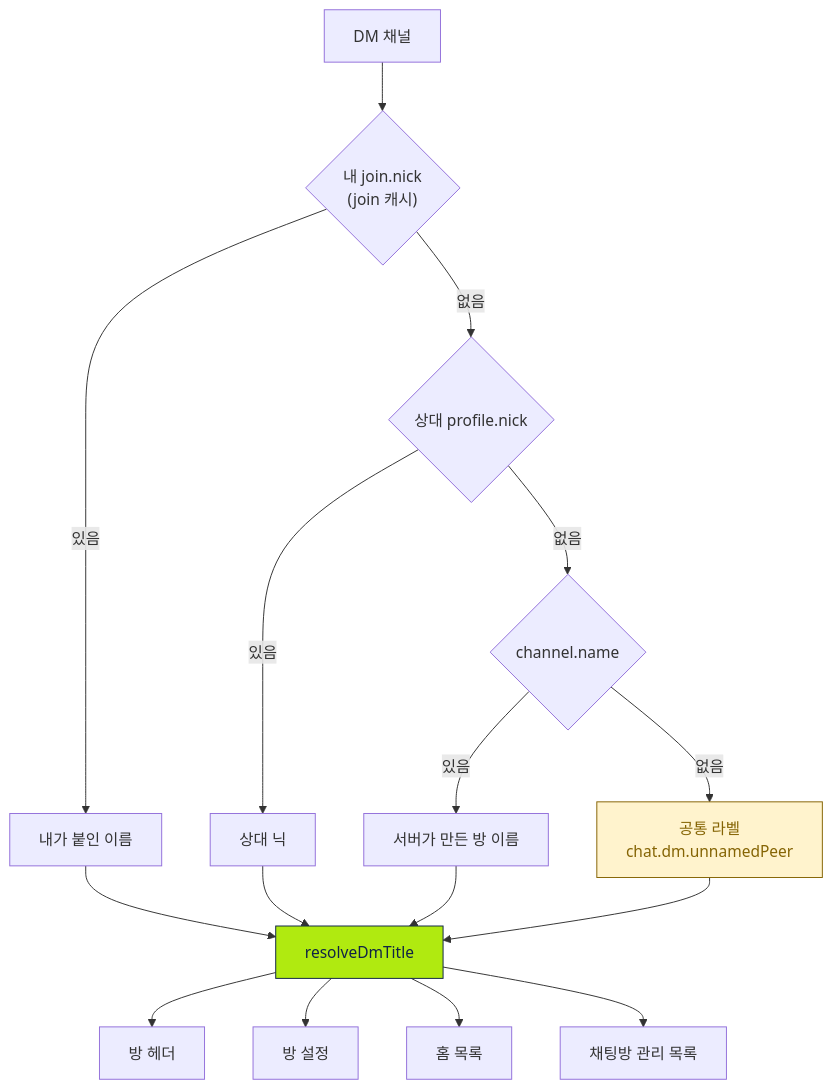
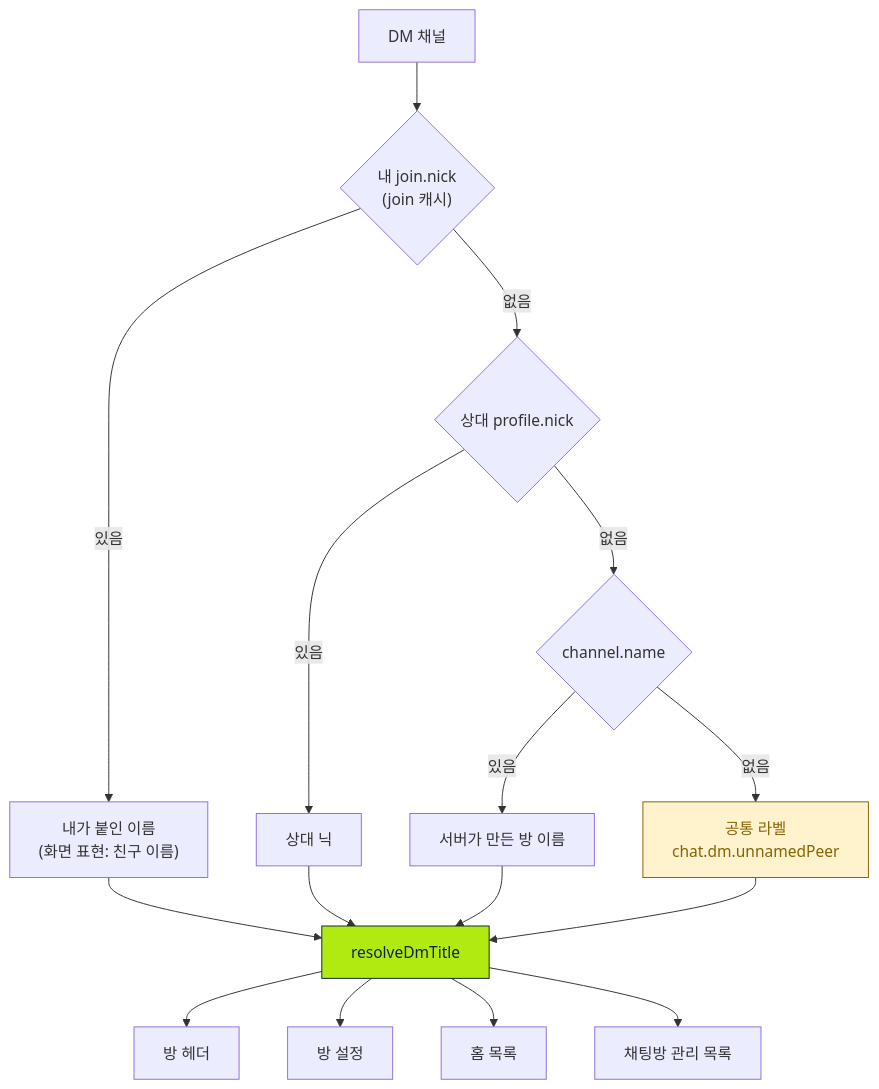
The second of 6 diagrams in apps/web/docs/feature/channels/dm-chat.md (lemoncloud-io/dou-app), drawn with Mermaid before and after one commit. The commit also changed other lines of this file and 42 other files, not shown here.

````diff
--- a/apps/web/docs/feature/channels/dm-chat.md
+++ b/apps/web/docs/feature/channels/dm-chat.md
@@ -138,23 +234,23 @@
 ```mermaid
 flowchart TD
     START["DM 채널"] --> J{"내 join.nick<br/>(join 캐시)"}
-    J -->|있음| USE_J["내가 붙인 이름"]
+    J -->|있음| USE_J["내가 붙인 이름<br/>(화면 표현: 친구 이름)"]
     J -->|없음| P{"상대 profile.nick"}
     P -->|있음| USE_P["상대 닉"]
     P -->|없음| C{"channel.name"}
     C -->|있음| USE_C["서버가 만든 방 이름"]
     C -->|없음| USE_L["공통 라벨<br/>chat.dm.unnamedPeer"]
 
     USE_J --> OUT["resolveDmTitle"]
     USE_P --> OUT
     USE_C --> OUT
     USE_L --> OUT
 
     OUT --> H["방 헤더"]
     OUT --> SET["방 설정"]
     OUT --> L1["홈 목록"]
     OUT --> L2["채팅방 관리 목록"]
 
     style OUT fill:#b0ea10,stroke:#102346,color:#102346
     style USE_L fill:#fff3cd,stroke:#856404,color:#856404
 ```
````
